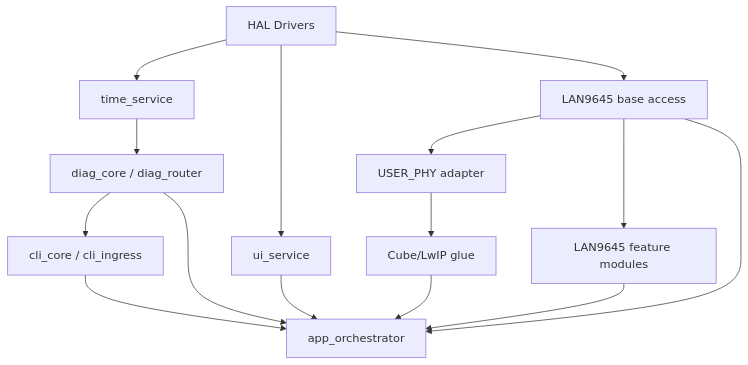
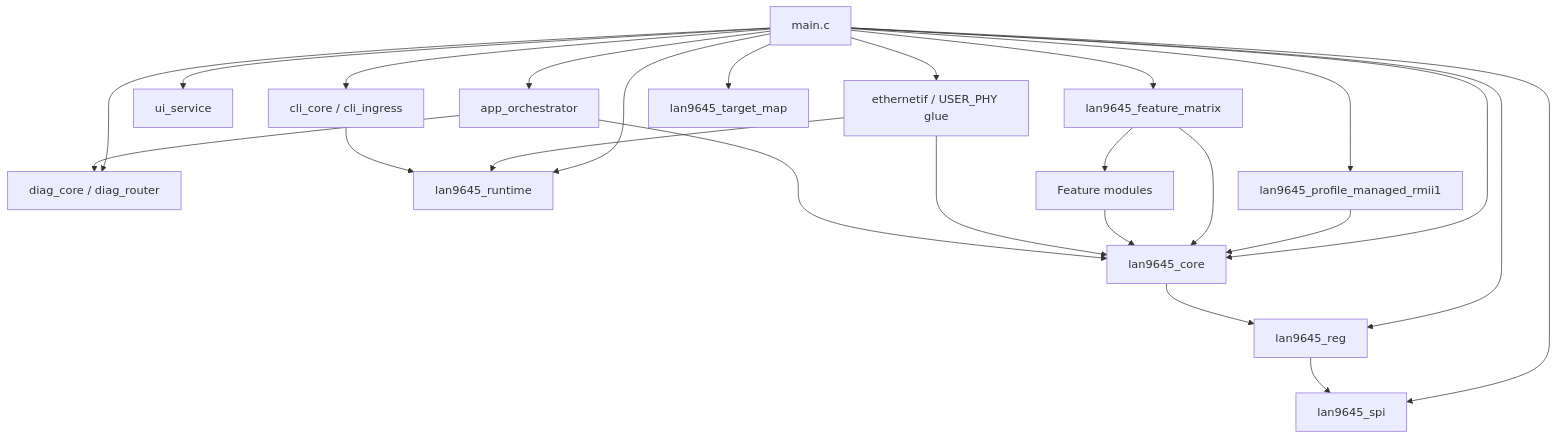
One commit to SamuelCicuitStudio/LAN9645-STM32-Managed-Ethernet-Switch changed the fifth of 9 diagrams in README.md. Above: the diagram before and after it, drawn with Mermaid. The commit also changed other lines of this file, not shown here.

Commit message:
Expand root handbook with detailed LAN9645 and CLI docs

````diff
--- a/README.md
+++ b/README.md
@@ -478,28 +881,42 @@
 ```mermaid
 flowchart TD
-    HAL[HAL Drivers]
-    TIME[time_service]
+    MAIN[main.c]
+    ORCH[app_orchestrator]
+    UI[ui_service]
+    CLI[cli_core / cli_ingress]
     DIAG[diag_core / diag_router]
-    CLI[cli_core / cli_ingress]
-    UI[ui_service]
-    APP[app_orchestrator]
-    LANBASE[LAN9645 base access]
-    LANFEAT[LAN9645 feature modules]
-    UPHY[USER_PHY adapter]
-    GLUE[Cube/LwIP glue]
+    ETHGLUE[ethernetif / USER_PHY glue]
+    RUNTIME[lan9645_runtime]
+    CORE[lan9645_core]
+    PROFILE[lan9645_profile_managed_rmii1]
+    FM[lan9645_feature_matrix]
+    SPI[lan9645_spi]
+    REG[lan9645_reg]
+    MAP[lan9645_target_map]
+    FEATS[Feature modules]
 
-    HAL --> TIME
-    HAL --> UI
-    HAL --> LANBASE
-    TIME --> DIAG
-    DIAG --> CLI
-    LANBASE --> UPHY
-    LANBASE --> LANFEAT
-    UPHY --> GLUE
-    LANBASE --> APP
-    LANFEAT --> APP
-    CLI --> APP
-    DIAG --> APP
-    UI --> APP
-    GLUE --> APP
+    MAIN --> ORCH
+    MAIN --> UI
+    MAIN --> CLI
+    MAIN --> DIAG
+    MAIN --> ETHGLUE
+    MAIN --> SPI
+    MAIN --> REG
+    MAIN --> MAP
+    MAIN --> CORE
+    MAIN --> PROFILE
+    MAIN --> FM
+    MAIN --> RUNTIME
+
+    REG --> SPI
+    CORE --> REG
+    PROFILE --> CORE
+    FM --> CORE
+    FEATS --> CORE
+    FM --> FEATS
+    ETHGLUE --> CORE
+    ETHGLUE --> RUNTIME
+    CLI --> RUNTIME
+    ORCH --> CORE
+    ORCH --> DIAG
 ```
````
